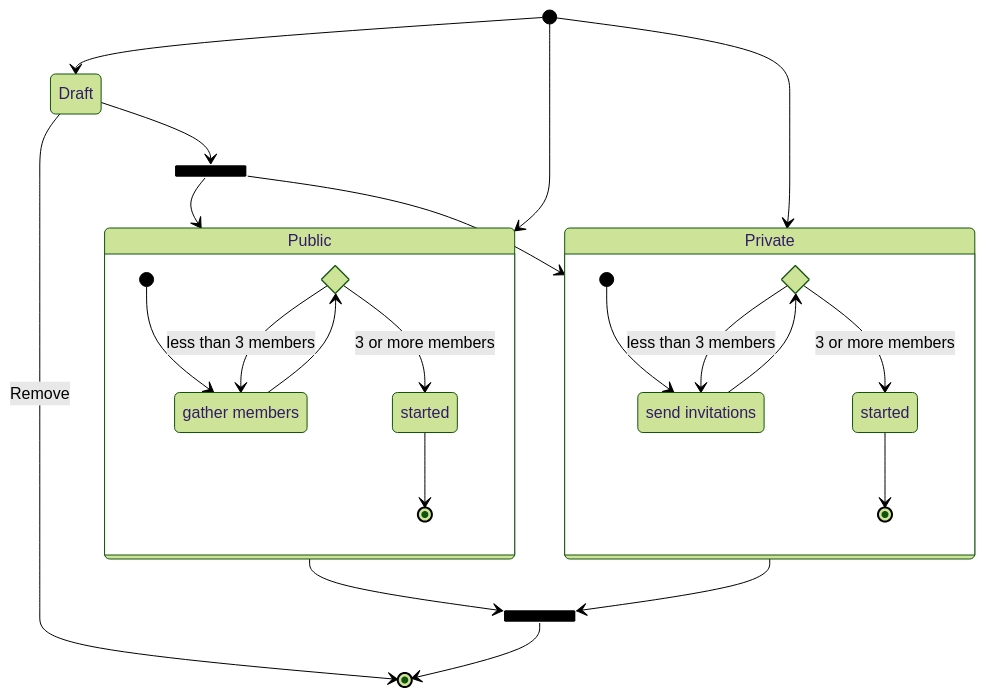
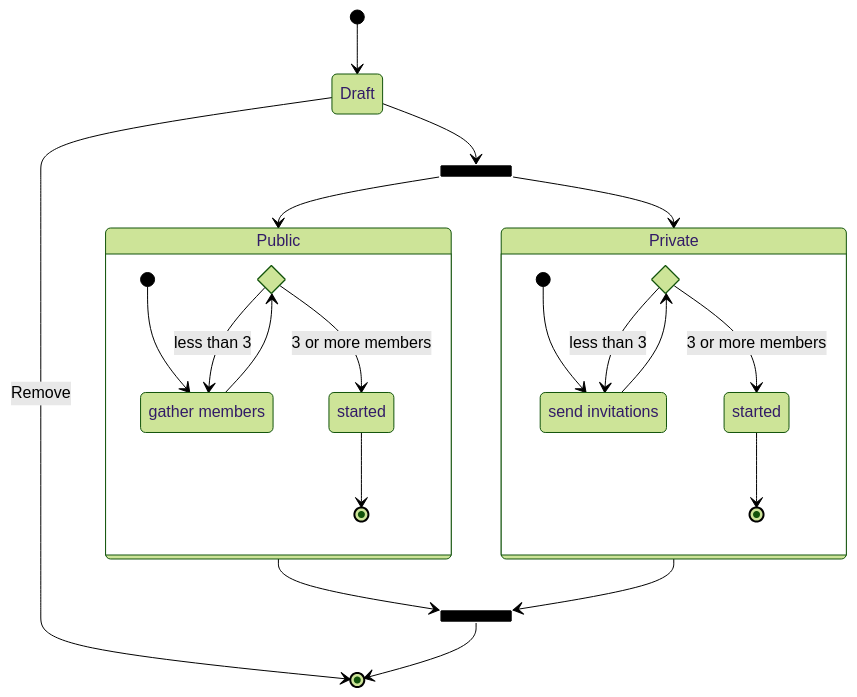
One commit to edu-python-course/giver-spec changed the diagram in mermaid/campaign-life-cycle.mmd. Above: the diagram before and after it, drawn with Mermaid (forest theme). The commit also changed 1 other file, not shown here.

Commit message:
fixup! Update campaign life cycle diagram (mermaid)

```diff
--- a/mermaid/campaign-life-cycle.mmd
+++ b/mermaid/campaign-life-cycle.mmd
@@ -1,40 +1,38 @@
 stateDiagram-v2
 
     state Public {
         state start_condition_public <<choice>>
         state "started" as started_public
         state "gather members" as members_public
 
         [*] --> members_public
         members_public --> start_condition_public
-        start_condition_public --> members_public: less than 3 members
+        start_condition_public --> members_public: less than 3
         start_condition_public --> started_public: 3 or more members
         started_public --> [*]
     }
 
     state Private {
         state start_condition_private <<choice>>
         state "started" as started_private
         state "send invitations" as members_private
 
         [*] --> members_private
         members_private --> start_condition_private
-        start_condition_private --> members_private: less than 3 members
+        start_condition_private --> members_private: less than 3
         start_condition_private --> started_private: 3 or more members
         started_private --> [*]
     }
 
     [*] --> Draft
-    [*] --> Public
-    [*] --> Private
     Draft --> [*]: Remove
 
     state publish_campaign <<fork>>
     Draft --> publish_campaign
     publish_campaign --> Public
     publish_campaign --> Private
 
     state completed <<join>>
     Public --> completed
     Private --> completed
     completed --> [*]
```
